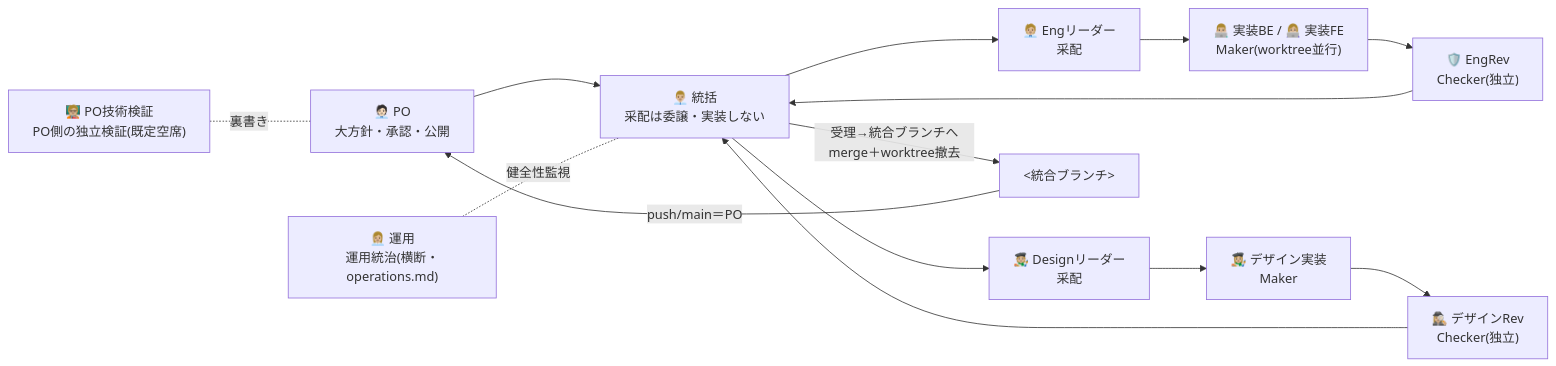
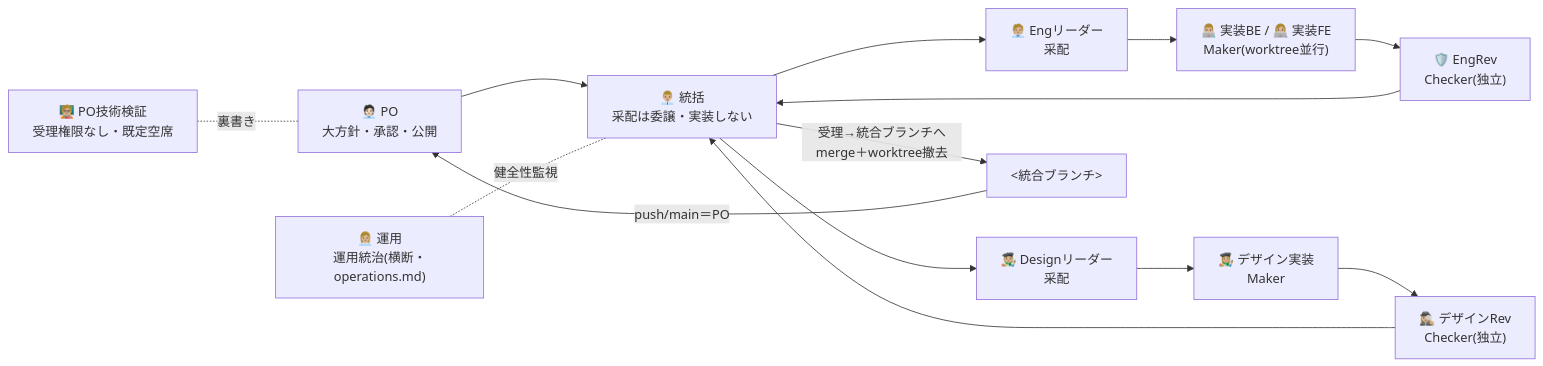
Before and after one commit to kumamoto-kouki/conductor-sdlc-template: the diagram in .kiro/steering/orchestration.md, drawn with Mermaid. The commit also changed other lines of this file and 5 other files, not shown here.

````diff
--- a/.kiro/steering/orchestration.md
+++ b/.kiro/steering/orchestration.md
@@ -23,16 +23,16 @@
 ```mermaid
 flowchart LR
   PO["🧑🏻‍💼 PO<br/>大方針・承認・公開"] --> K["👨🏼‍💼 統括<br/>采配は委譲・実装しない"]
   K --> L1["🧑🏼‍💼 Engリーダー<br/>采配"]
   K --> L2["🧑🏼‍🎨 Designリーダー<br/>采配"]
   L1 --> M1["👨🏼‍💻 実装BE / 👩🏼‍💻 実装FE<br/>Maker(worktree並行)"]
   L2 --> M2["👩🏼‍🎨 デザイン実装<br/>Maker"]
   M1 --> R1["🛡️ EngRev<br/>Checker(独立)"]
   M2 --> R2["🕵🏼‍♀️ デザインRev<br/>Checker(独立)"]
   R1 --> K
   R2 --> K
   K -->|受理→統合ブランチへmerge＋worktree撤去| REL["<統合ブランチ>"]
   REL -->|push/main＝PO| PO
   B["👩🏼‍💼 運用<br/>運用統治(横断・operations.md)"] -. 健全性監視 .- K
-  T["🧑🏼‍🏫 PO技術検証<br/>PO側の独立検証(既定空席)"] -. 裏書き .- PO
+  T["🧑🏼‍🏫 PO技術検証<br/>受理権限なし・既定空席"] -. 裏書き .- PO
 ```
````
